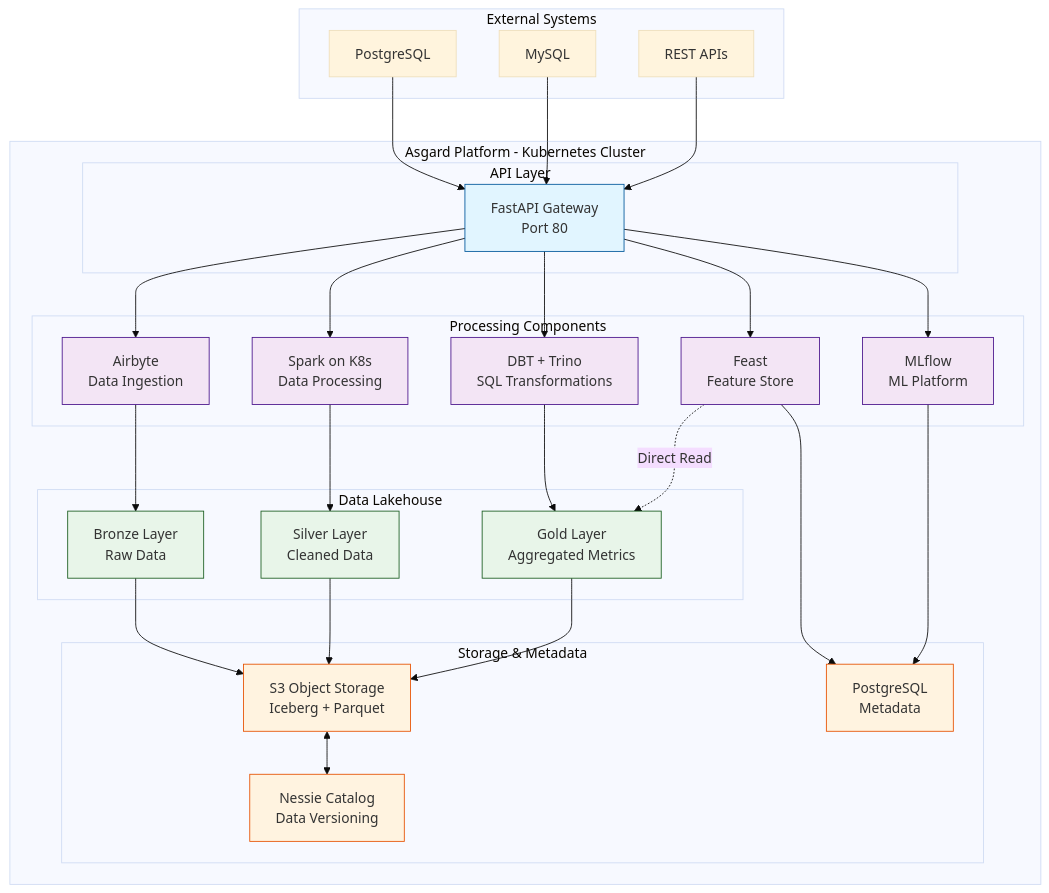
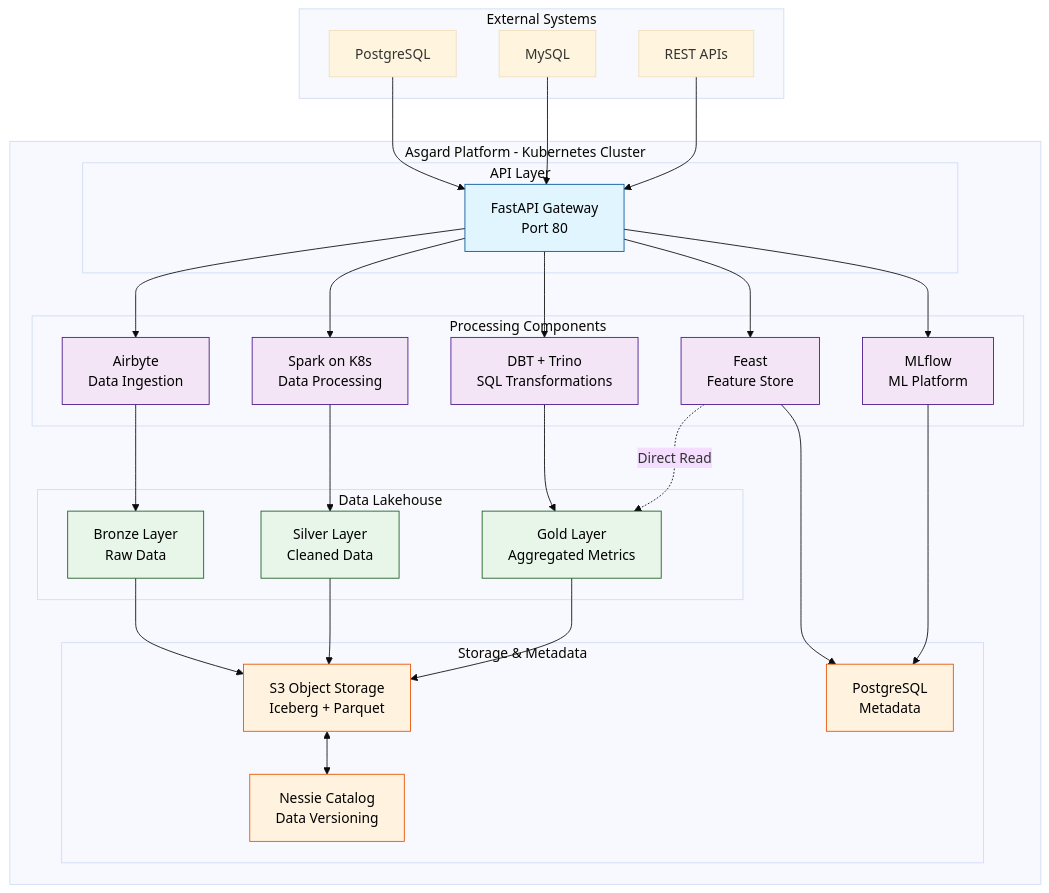
The first of 19 diagrams in docs/COMPLETE_ARCHITECTURE.md (snowcell-cloud/asgard), drawn with Mermaid (base theme) before and after one commit. The commit also changed other lines of this file, not shown here.

Commit message:
fix: Update mermaid class definitions for consistent color styling in COMPLETE_ARCHITECTURE.md

````diff
--- a/docs/COMPLETE_ARCHITECTURE.md
+++ b/docs/COMPLETE_ARCHITECTURE.md
@@ -32,66 +32,66 @@
 ```mermaid
 graph TB
     subgraph External["External Systems"]
         DB1[PostgreSQL]
         DB2[MySQL]
         API1[REST APIs]
     end
 
     subgraph Platform["Asgard Platform - Kubernetes Cluster"]
         subgraph APILayer["API Layer"]
             Gateway["FastAPI Gateway\nPort 80"]
         end
 
         subgraph Processing["Processing Components"]
             Airbyte["Airbyte\nData Ingestion"]
             Spark["Spark on K8s\nData Processing"]
             DBT["DBT + Trino\nSQL Transformations"]
             Feast["Feast\nFeature Store"]
             MLflow["MLflow\nML Platform"]
         end
 
         subgraph Lakehouse["Data Lakehouse"]
             Bronze["Bronze Layer\nRaw Data"]
             Silver["Silver Layer\nCleaned Data"]
             Gold["Gold Layer\nAggregated Metrics"]
         end
 
         subgraph StorageMeta["Storage & Metadata"]
             S3["S3 Object Storage\nIceberg + Parquet"]
             Postgres["PostgreSQL\nMetadata"]
             Nessie["Nessie Catalog\nData Versioning"]
         end
     end
 
     DB1 --> Gateway
     DB2 --> Gateway
     API1 --> Gateway
     Gateway --> Airbyte
     Gateway --> Spark
     Gateway --> DBT
     Gateway --> Feast
     Gateway --> MLflow
 
     Airbyte --> Bronze
     Spark --> Silver
     DBT --> Gold
 
     Bronze --> S3
     Silver --> S3
     Gold --> S3
     S3 <--> Nessie
 
     Feast -.Direct Read.-> Gold
     MLflow --> Postgres
     Feast --> Postgres
 
-    classDef api fill:#e1f5ff,stroke:#01579b
-    classDef process fill:#f3e5f5,stroke:#4a148c
-    classDef data fill:#e8f5e9,stroke:#1b5e20
-    classDef storage fill:#fff3e0,stroke:#e65100
+    classDef api fill:#e1f5ff,stroke:#01579b,color:#000
+    classDef process fill:#f3e5f5,stroke:#4a148c,color:#000
+    classDef data fill:#e8f5e9,stroke:#1b5e20,color:#000
+    classDef storage fill:#fff3e0,stroke:#e65100,color:#000
 
     class Gateway api
     class Airbyte,Spark,DBT,Feast,MLflow process
     class Bronze,Silver,Gold data
     class S3,Postgres,Nessie storage
 ```
````
